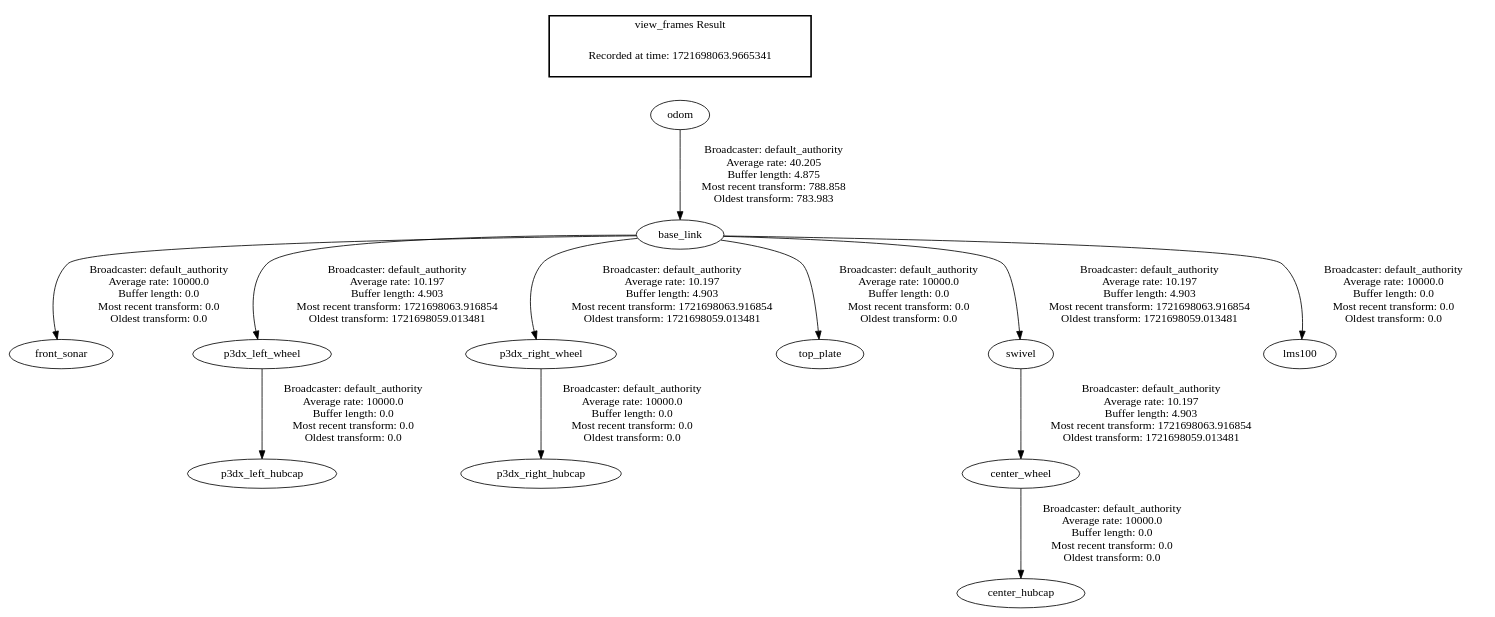
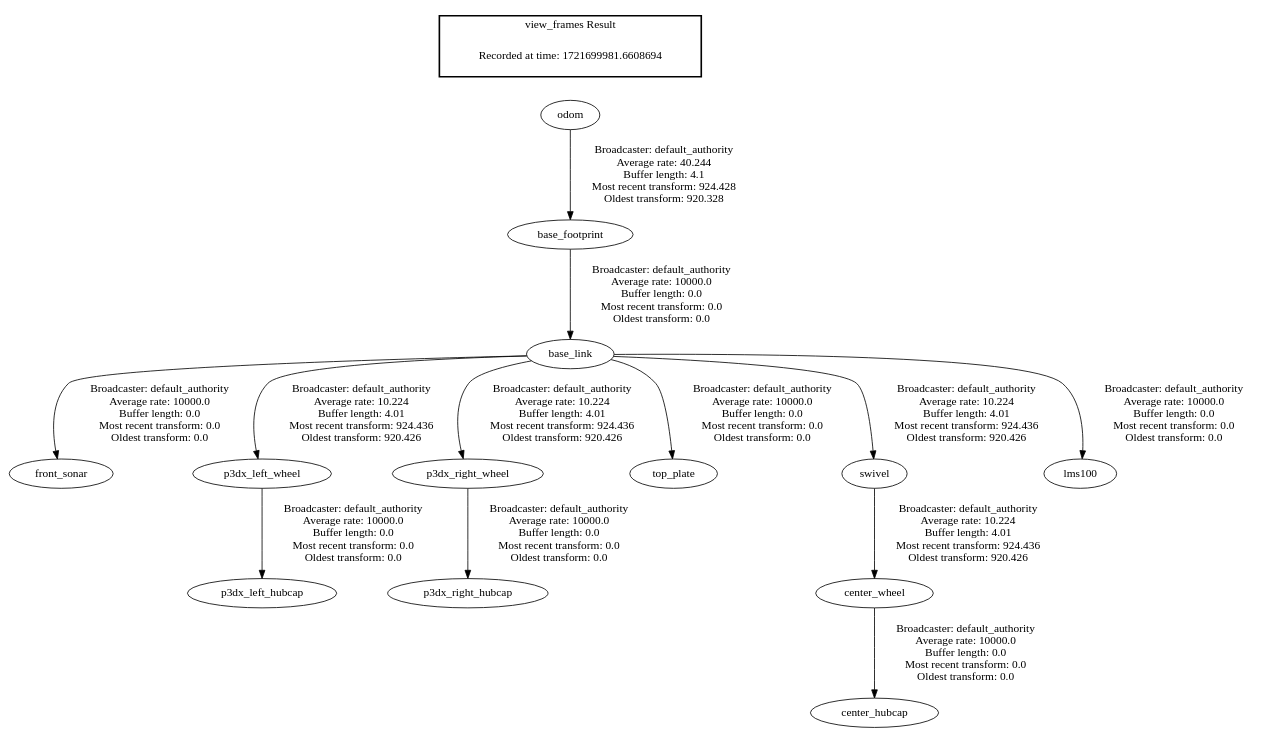
One commit to Ara-O/main_ws changed the diagram in frames.gv. Above: the diagram before and after it, drawn with Graphviz. The commit also changed 10 other files, not shown here.

```diff
--- a/frames.gv
+++ b/frames.gv
@@ -1,17 +1,18 @@
 digraph G {
-"odom" -> "base_link"[label=" Broadcaster: default_authority\nAverage rate: 40.205\nBuffer length: 4.875\nMost recent transform: 788.858\nOldest transform: 783.983\n"];
+"base_footprint" -> "base_link"[label=" Broadcaster: default_authority\nAverage rate: 10000.0\nBuffer length: 0.0\nMost recent transform: 0.0\nOldest transform: 0.0\n"];
+"odom" -> "base_footprint"[label=" Broadcaster: default_authority\nAverage rate: 40.244\nBuffer length: 4.1\nMost recent transform: 924.428\nOldest transform: 920.328\n"];
 "base_link" -> "front_sonar"[label=" Broadcaster: default_authority\nAverage rate: 10000.0\nBuffer length: 0.0\nMost recent transform: 0.0\nOldest transform: 0.0\n"];
 "p3dx_left_wheel" -> "p3dx_left_hubcap"[label=" Broadcaster: default_authority\nAverage rate: 10000.0\nBuffer length: 0.0\nMost recent transform: 0.0\nOldest transform: 0.0\n"];
-"base_link" -> "p3dx_left_wheel"[label=" Broadcaster: default_authority\nAverage rate: 10.197\nBuffer length: 4.903\nMost recent transform: 1721698063.916854\nOldest transform: 1721698059.013481\n"];
+"base_link" -> "p3dx_left_wheel"[label=" Broadcaster: default_authority\nAverage rate: 10.224\nBuffer length: 4.01\nMost recent transform: 924.436\nOldest transform: 920.426\n"];
 "p3dx_right_wheel" -> "p3dx_right_hubcap"[label=" Broadcaster: default_authority\nAverage rate: 10000.0\nBuffer length: 0.0\nMost recent transform: 0.0\nOldest transform: 0.0\n"];
-"base_link" -> "p3dx_right_wheel"[label=" Broadcaster: default_authority\nAverage rate: 10.197\nBuffer length: 4.903\nMost recent transform: 1721698063.916854\nOldest transform: 1721698059.013481\n"];
+"base_link" -> "p3dx_right_wheel"[label=" Broadcaster: default_authority\nAverage rate: 10.224\nBuffer length: 4.01\nMost recent transform: 924.436\nOldest transform: 920.426\n"];
 "base_link" -> "top_plate"[label=" Broadcaster: default_authority\nAverage rate: 10000.0\nBuffer length: 0.0\nMost recent transform: 0.0\nOldest transform: 0.0\n"];
 "center_wheel" -> "center_hubcap"[label=" Broadcaster: default_authority\nAverage rate: 10000.0\nBuffer length: 0.0\nMost recent transform: 0.0\nOldest transform: 0.0\n"];
-"swivel" -> "center_wheel"[label=" Broadcaster: default_authority\nAverage rate: 10.197\nBuffer length: 4.903\nMost recent transform: 1721698063.916854\nOldest transform: 1721698059.013481\n"];
+"swivel" -> "center_wheel"[label=" Broadcaster: default_authority\nAverage rate: 10.224\nBuffer length: 4.01\nMost recent transform: 924.436\nOldest transform: 920.426\n"];
 "base_link" -> "lms100"[label=" Broadcaster: default_authority\nAverage rate: 10000.0\nBuffer length: 0.0\nMost recent transform: 0.0\nOldest transform: 0.0\n"];
-"base_link" -> "swivel"[label=" Broadcaster: default_authority\nAverage rate: 10.197\nBuffer length: 4.903\nMost recent transform: 1721698063.916854\nOldest transform: 1721698059.013481\n"];
+"base_link" -> "swivel"[label=" Broadcaster: default_authority\nAverage rate: 10.224\nBuffer length: 4.01\nMost recent transform: 924.436\nOldest transform: 920.426\n"];
 edge [style=invis];
  subgraph cluster_legend { style=bold; color=black; label ="view_frames Result";
-"Recorded at time: 1721698063.9665341"[ shape=plaintext ] ;
+"Recorded at time: 1721699981.6608694"[ shape=plaintext ] ;
 }->"odom";
 }
```
